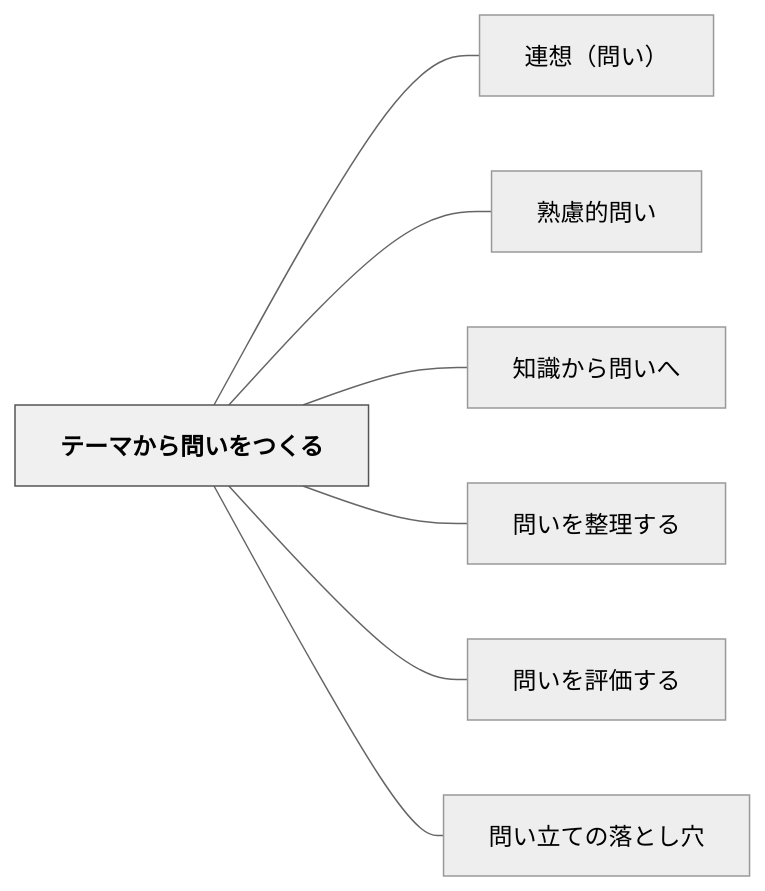
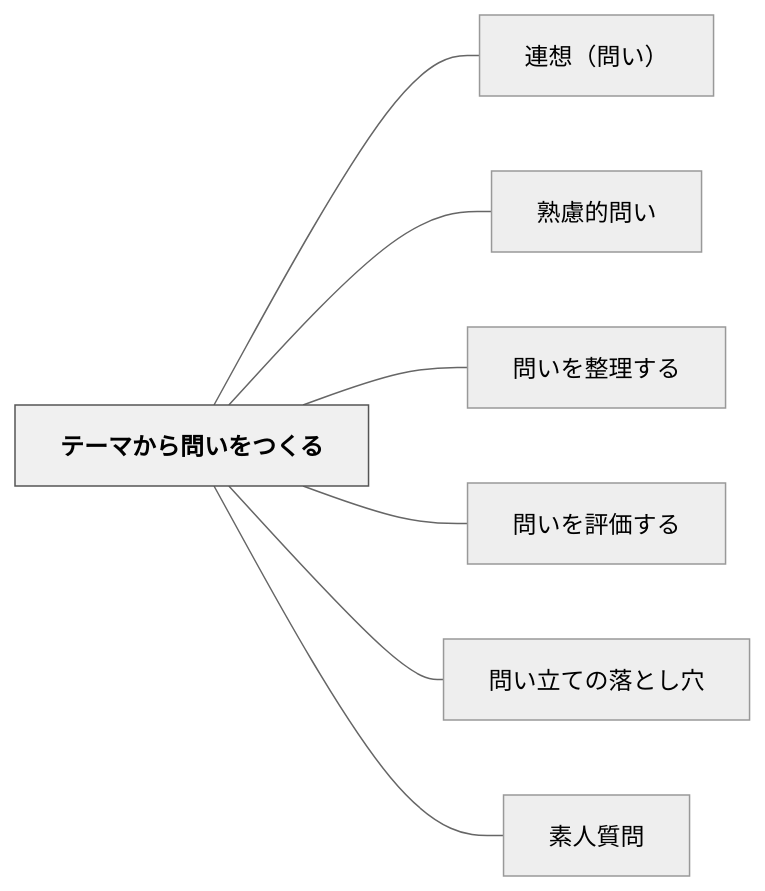
One commit to unknownthings-ed-patterns/unknownthings-ed-patterns changed the diagram in content/パタン/テーマから問いをつくる.md. Above: the diagram before and after it, drawn with Mermaid (neutral theme). The commit also changed other lines of this file, not shown here.

````diff
--- a/content/パタン/テーマから問いをつくる.md
+++ b/content/パタン/テーマから問いをつくる.md
@@ -53,20 +69,20 @@
 ```mermaid
 flowchart LR
     ne38386e383bce3839ee3818be38289e5958fe38184e38292e381a4e3818fe3828b["テーマから問いをつくる"]
     ne980a3e683b3efbc88e5958fe38184efbc89["連想（問い）"]
     ne7869fe685aee79a84e5958fe38184["熟慮的問い"]
-    ne79fa5e8ad98e3818be38289e5958fe38184e381b8["知識から問いへ"]
     ne5958fe38184e38292e695b4e79086e38199e3828b["問いを整理する"]
     ne5958fe38184e38292e8a995e4bea1e38199e3828b["問いを評価する"]
     ne5958fe38184e7ab8be381a6e381aee890bde381a8e38197e7a9b4["問い立ての落とし穴"]
+    ne7b4a0e4babae8b3aae5958f["素人質問"]
 
     ne38386e383bce3839ee3818be38289e5958fe38184e38292e381a4e3818fe3828b --- ne980a3e683b3efbc88e5958fe38184efbc89
     ne38386e383bce3839ee3818be38289e5958fe38184e38292e381a4e3818fe3828b --- ne7869fe685aee79a84e5958fe38184
-    ne38386e383bce3839ee3818be38289e5958fe38184e38292e381a4e3818fe3828b --- ne79fa5e8ad98e3818be38289e5958fe38184e381b8
     ne38386e383bce3839ee3818be38289e5958fe38184e38292e381a4e3818fe3828b --- ne5958fe38184e38292e695b4e79086e38199e3828b
     ne38386e383bce3839ee3818be38289e5958fe38184e38292e381a4e3818fe3828b --- ne5958fe38184e38292e8a995e4bea1e38199e3828b
     ne38386e383bce3839ee3818be38289e5958fe38184e38292e381a4e3818fe3828b --- ne5958fe38184e7ab8be381a6e381aee890bde381a8e38197e7a9b4
+    ne38386e383bce3839ee3818be38289e5958fe38184e38292e381a4e3818fe3828b --- ne7b4a0e4babae8b3aae5958f
 
     classDef hub fill:#f0f0f0,stroke:#555,color:#000,font-weight:bold
     class ne38386e383bce3839ee3818be38289e5958fe38184e38292e381a4e3818fe3828b hub
 ```
````
